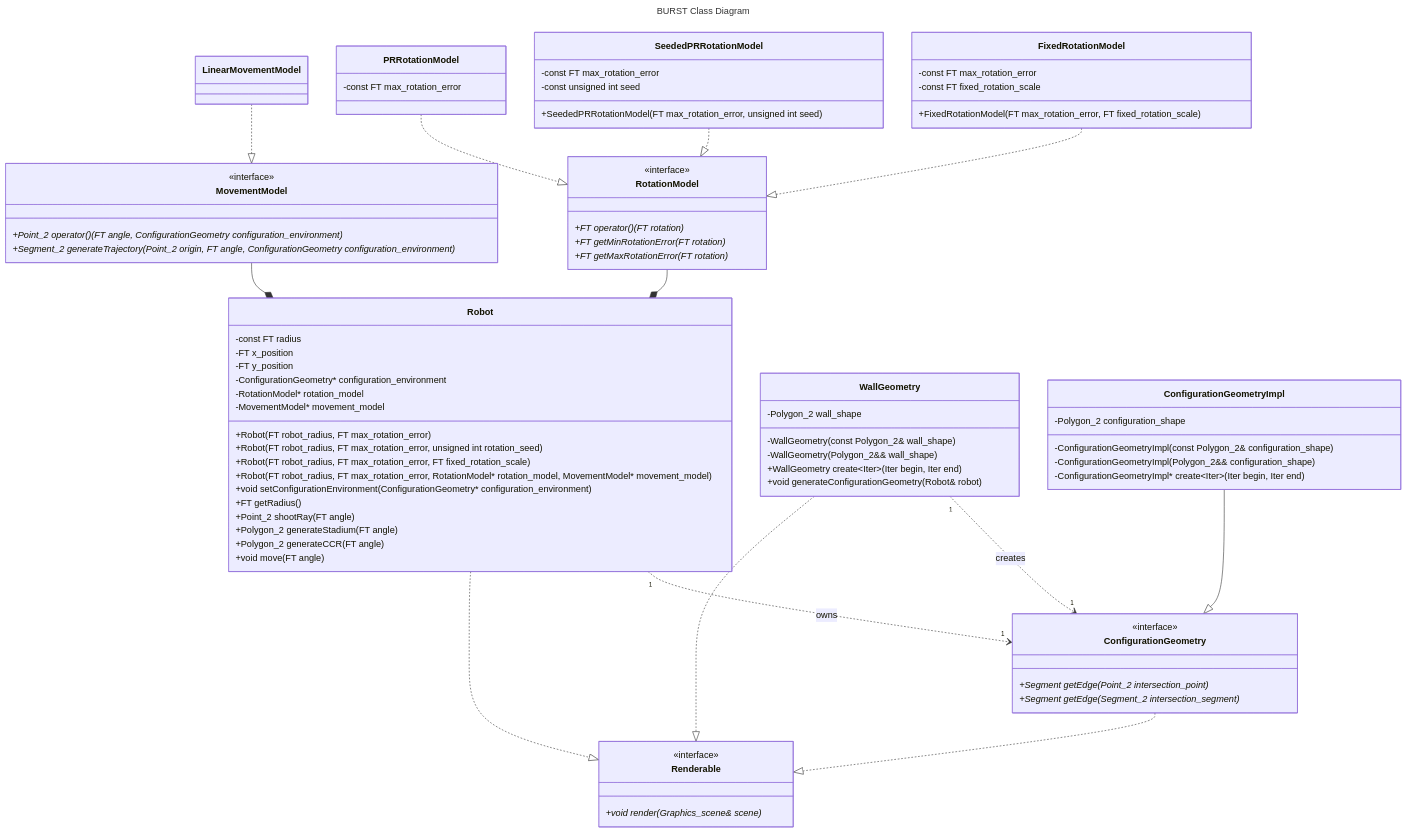
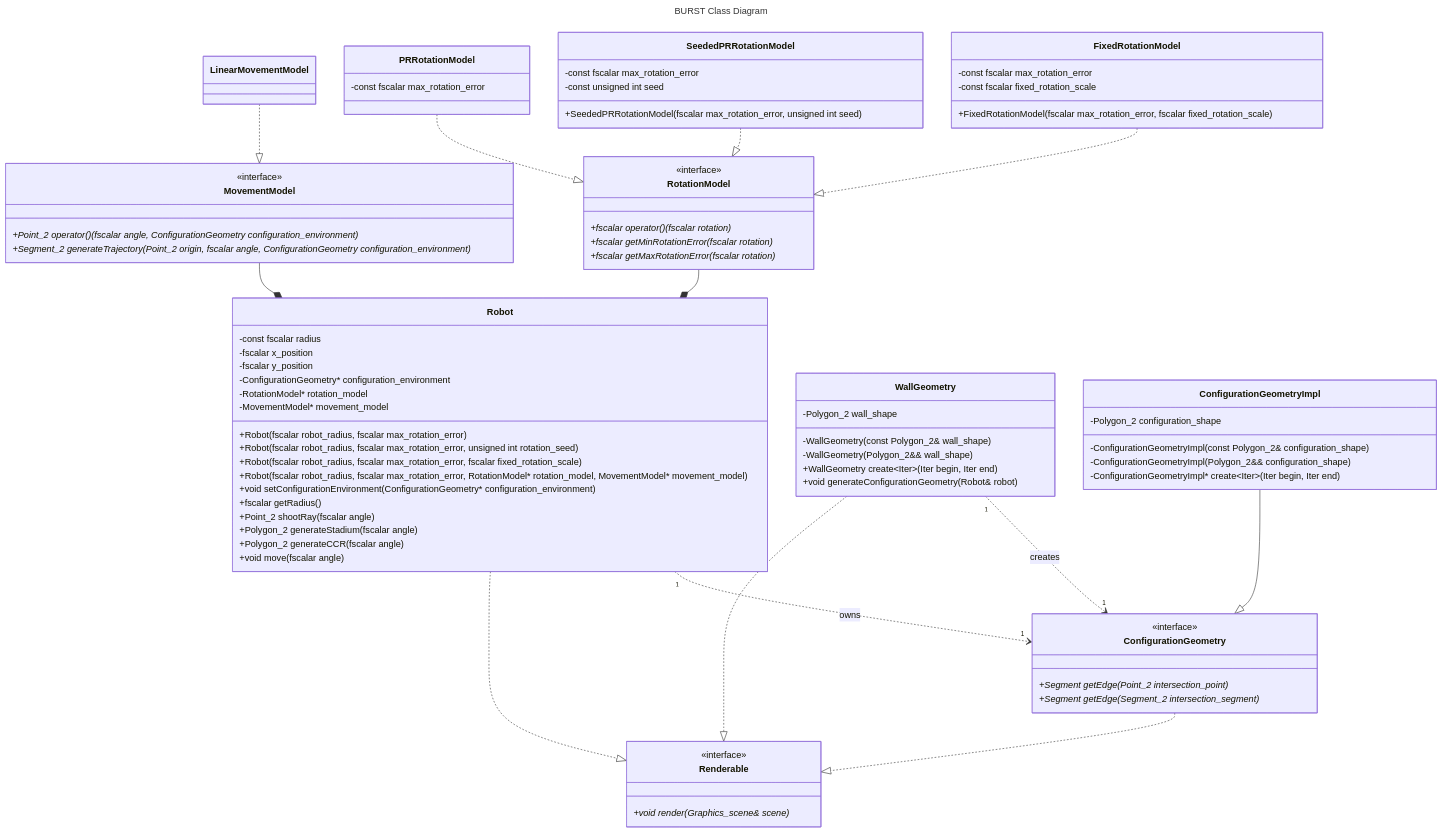
Before and after one commit to KedarPanchal/DAIR-BURST: the diagram in docs/DESIGN.md, drawn with Mermaid. The commit also changed 6 other files, not shown here.

```diff
--- a/docs/DESIGN.md
+++ b/docs/DESIGN.md
@@ -20,35 +20,35 @@
 classDiagram
     direction TD
     class RotationModel {
-        +FT operator() (FT rotation)*
-        +FT getMinRotationError(FT rotation)*
-        +FT getMaxRotationError(FT rotation)*
+        +fscalar operator() (fscalar rotation)*
+        +fscalar getMinRotationError(fscalar rotation)*
+        +fscalar getMaxRotationError(fscalar rotation)*
     }
     <<interface>> RotationModel
     
     class PRRotationModel {
-        -const FT max_rotation_error
+        -const fscalar max_rotation_error
     }
     PRRotationModel ..|> RotationModel
 
     class SeededPRRotationModel {
-        -const FT max_rotation_error
+        -const fscalar max_rotation_error
         -const unsigned int seed
 
-        +SeededPRRotationModel(FT max_rotation_error, unsigned int seed)
+        +SeededPRRotationModel(fscalar max_rotation_error, unsigned int seed)
     }
     SeededPRRotationModel ..|> RotationModel
 
     class FixedRotationModel {
-        -const FT max_rotation_error
-        -const FT fixed_rotation_scale
-        +FixedRotationModel(FT max_rotation_error, FT fixed_rotation_scale)
+        -const fscalar max_rotation_error
+        -const fscalar fixed_rotation_scale
+        +FixedRotationModel(fscalar max_rotation_error, fscalar fixed_rotation_scale)
     }
     FixedRotationModel ..|> RotationModel
 
     class MovementModel {
-        +Point_2 operator() (FT angle, ConfigurationGeometry configuration_environment)*
-        +Segment_2 generateTrajectory(Point_2 origin, FT angle, ConfigurationGeometry configuration_environment)*
+        +Point_2 operator() (fscalar angle, ConfigurationGeometry configuration_environment)*
+        +Segment_2 generateTrajectory(Point_2 origin, fscalar angle, ConfigurationGeometry configuration_environment)*
     }
     <<interface>> MovementModel
 
@@ -61,23 +61,23 @@
     <<interface>> Renderable
 
     class Robot {
-        -const FT radius
-        -FT x_position
-        -FT y_position
+        -const fscalar radius
+        -fscalar x_position
+        -fscalar y_position
         -ConfigurationGeometry* configuration_environment
         -RotationModel* rotation_model
         -MovementModel* movement_model
 
-        +Robot(FT robot_radius, FT max_rotation_error)
-        +Robot(FT robot_radius, FT max_rotation_error, unsigned int rotation_seed)
-        +Robot(FT robot_radius, FT max_rotation_error, FT fixed_rotation_scale)
-        +Robot(FT robot_radius, FT max_rotation_error, RotationModel* rotation_model, MovementModel* movement_model)
+        +Robot(fscalar robot_radius, fscalar max_rotation_error)
+        +Robot(fscalar robot_radius, fscalar max_rotation_error, unsigned int rotation_seed)
+        +Robot(fscalar robot_radius, fscalar max_rotation_error, fscalar fixed_rotation_scale)
+        +Robot(fscalar robot_radius, fscalar max_rotation_error, RotationModel* rotation_model, MovementModel* movement_model)
         +void setConfigurationEnvironment(ConfigurationGeometry* configuration_environment)
-        +FT getRadius()
-        +Point_2 shootRay(FT angle)
-        +Polygon_2 generateStadium(FT angle)
-        +Polygon_2 generateCCR(FT angle)
-        +void move(FT angle)
+        +fscalar getRadius()
+        +Point_2 shootRay(fscalar angle)
+        +Polygon_2 generateStadium(fscalar angle)
+        +Polygon_2 generateCCR(fscalar angle)
+        +void move(fscalar angle)
     }
     Robot ..|> Renderable
     MovementModel --* Robot
```
